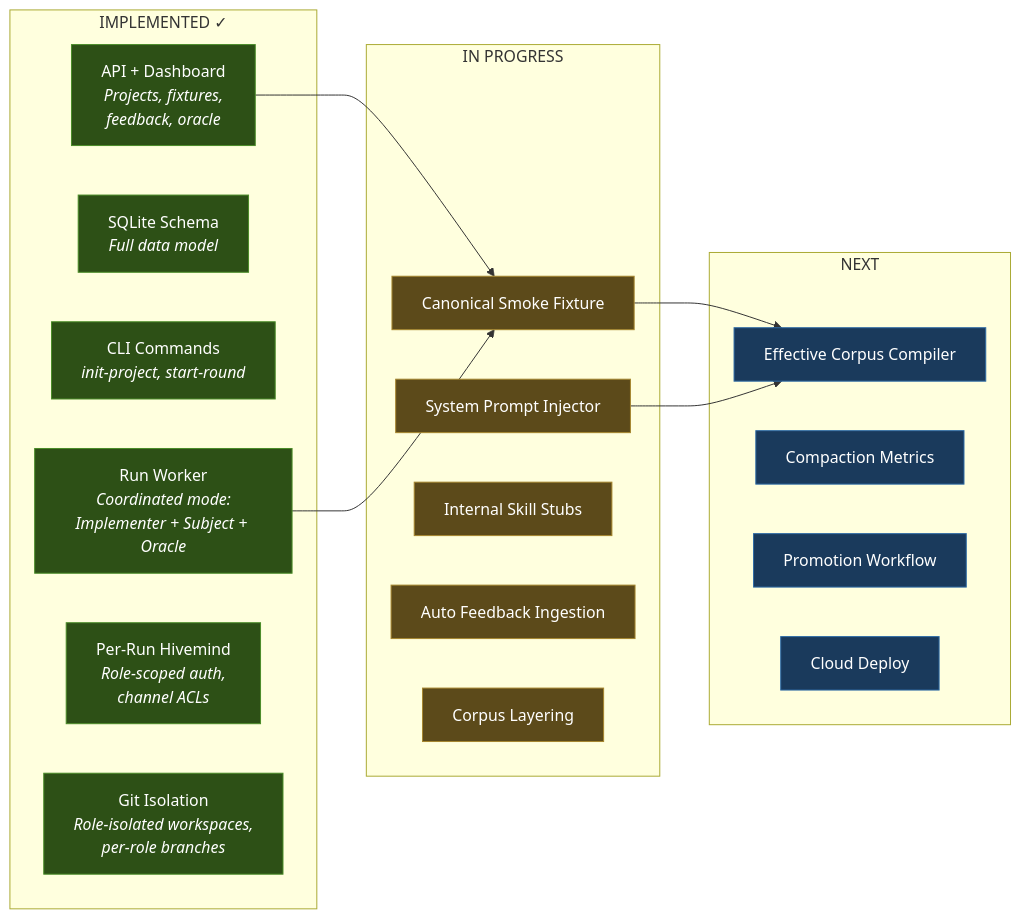
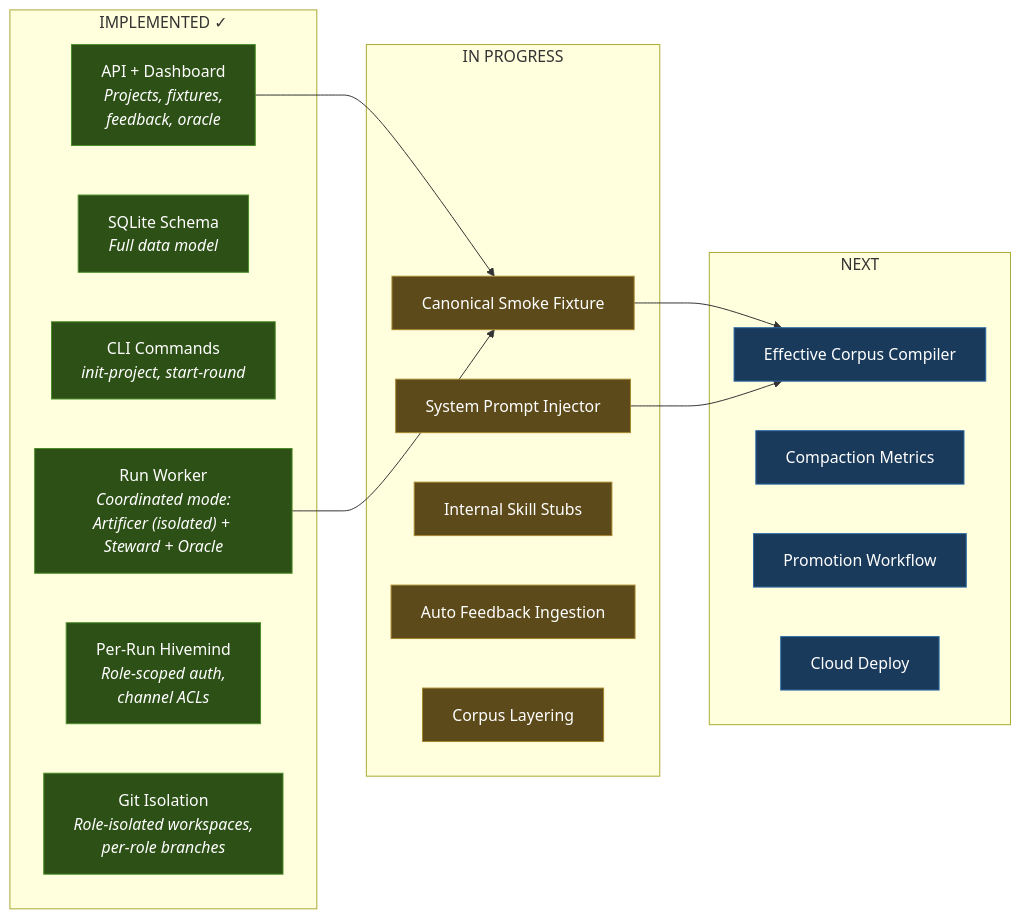
One commit to inixiative/foundry changed the fifth of 5 diagrams in ARCHITECTURE.md. Above: the diagram before and after it, drawn with Mermaid. The commit also changed other lines of this file and 10 other files, not shown here.

First line of the commit message:
Align docs with updated roster: Warden / Steward / Artificer

````diff
--- a/ARCHITECTURE.md
+++ b/ARCHITECTURE.md
@@ -146,47 +149,47 @@
 ```mermaid
 graph LR
     subgraph "IMPLEMENTED ✓"
         API["API + Dashboard<br/><i>Projects, fixtures,<br/>feedback, oracle</i>"]
         DB["SQLite Schema<br/><i>Full data model</i>"]
         CLI["CLI Commands<br/><i>init-project, start-round</i>"]
-        WORK["Run Worker<br/><i>Coordinated mode:<br/>Implementer + Subject + Oracle</i>"]
+        WORK["Run Worker<br/><i>Coordinated mode:<br/>Artificer (isolated) + Steward + Oracle</i>"]
         HIV["Per-Run Hivemind<br/><i>Role-scoped auth,<br/>channel ACLs</i>"]
         GIT["Git Isolation<br/><i>Role-isolated workspaces,<br/>per-role branches</i>"]
     end
 
     subgraph "IN PROGRESS"
         FIX["Canonical Smoke Fixture"]
         INJ["System Prompt Injector"]
         SKL["Internal Skill Stubs"]
         FB["Auto Feedback Ingestion"]
         CRP["Corpus Layering"]
     end
 
     subgraph "NEXT"
         ECC["Effective Corpus Compiler"]
         OBS["Compaction Metrics"]
         PROM["Promotion Workflow"]
         CLD["Cloud Deploy"]
     end
 
     API --> FIX
     WORK --> FIX
     FIX --> ECC
     INJ --> ECC
 
     style API fill:#2d5016,stroke:#4a8c28,color:#fff
     style DB fill:#2d5016,stroke:#4a8c28,color:#fff
     style CLI fill:#2d5016,stroke:#4a8c28,color:#fff
     style WORK fill:#2d5016,stroke:#4a8c28,color:#fff
     style HIV fill:#2d5016,stroke:#4a8c28,color:#fff
     style GIT fill:#2d5016,stroke:#4a8c28,color:#fff
     style FIX fill:#5c4a1a,stroke:#a6862e,color:#fff
     style INJ fill:#5c4a1a,stroke:#a6862e,color:#fff
     style SKL fill:#5c4a1a,stroke:#a6862e,color:#fff
     style FB fill:#5c4a1a,stroke:#a6862e,color:#fff
     style CRP fill:#5c4a1a,stroke:#a6862e,color:#fff
     style ECC fill:#1a3a5c,stroke:#2e6ba6,color:#fff
     style OBS fill:#1a3a5c,stroke:#2e6ba6,color:#fff
     style PROM fill:#1a3a5c,stroke:#2e6ba6,color:#fff
     style CLD fill:#1a3a5c,stroke:#2e6ba6,color:#fff
 ```
````
